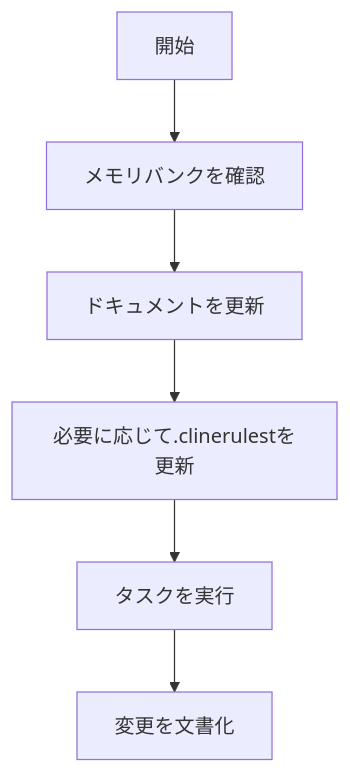
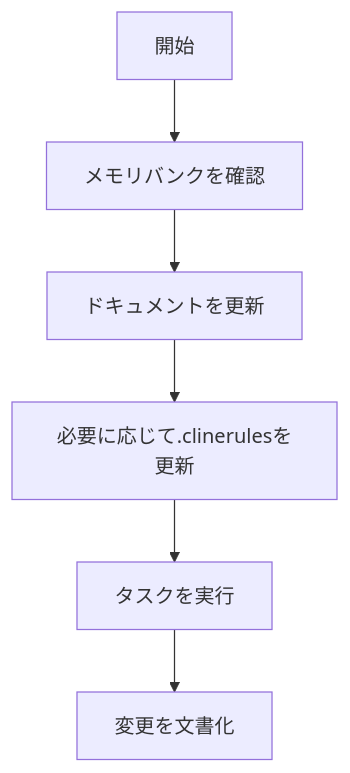
Before and after one commit to cline/cline: the third of 5 diagrams in docs_ja/prompting/custom instructions library/raw-instructions/cline-memory-bank.md, drawn with Mermaid. The commit also changed other lines of this file, not shown here.

````diff
--- a/docs_ja/prompting/custom instructions library/raw-instructions/cline-memory-bank.md
+++ b/docs_ja/prompting/custom instructions library/raw-instructions/cline-memory-bank.md
@@ -84,8 +84,8 @@
 ```mermaid
 flowchart TD
     Start[開始] --> Context[メモリバンクを確認]
     Context --> Update[ドキュメントを更新]
-    Update --> Rules[必要に応じて.clinerulestを更新]
+    Update --> Rules[必要に応じて.clinerulesを更新]
     Rules --> Execute[タスクを実行]
     Execute --> Document[変更を文書化]
 ```
````
